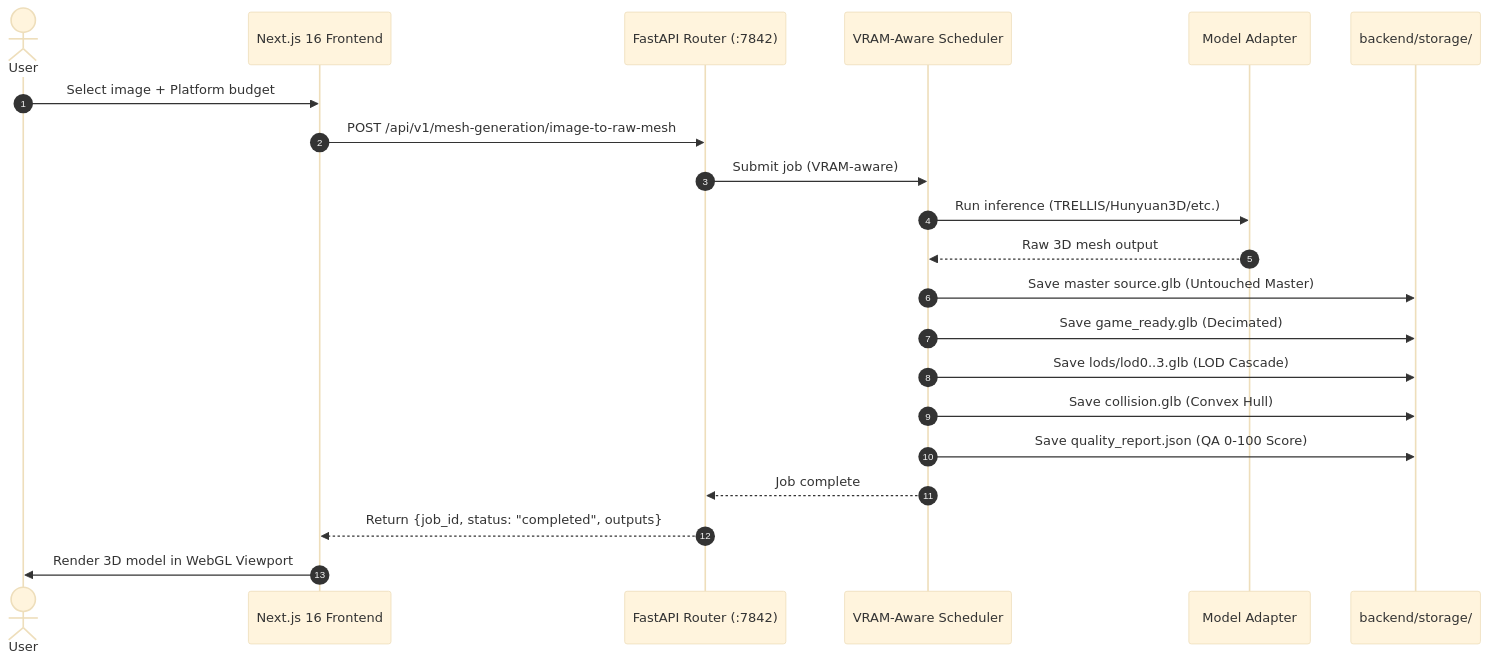
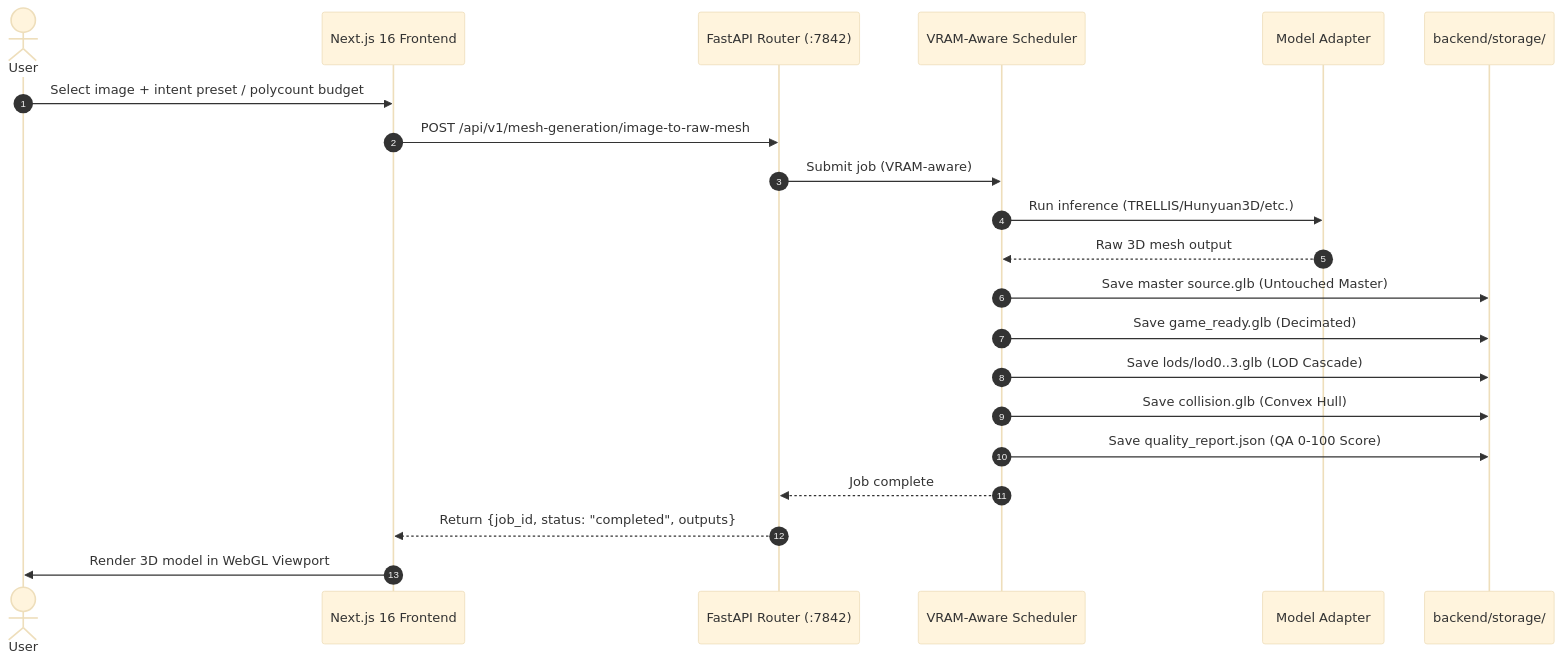
Before and after one commit to Silentzx2/ForMash3D: the second of 3 diagrams in Docs/SYSTEM-BLUEPRINT.md, drawn with Mermaid (base theme). The commit also changed other lines of this file and 27 other files, not shown here.

````diff
--- a/Docs/SYSTEM-BLUEPRINT.md
+++ b/Docs/SYSTEM-BLUEPRINT.md
@@ -129,24 +148,24 @@
 ```mermaid
 sequenceDiagram
     autonumber
     actor User
     participant Frontend as Next.js 16 Frontend
     participant API as FastAPI Router (:7842)
     participant SCHED as VRAM-Aware Scheduler
     participant Adapter as Model Adapter
     participant Storage as backend/storage/
 
-    User->>Frontend: Select image + Platform budget
+    User->>Frontend: Select image + intent preset / polycount budget
     Frontend->>API: POST /api/v1/mesh-generation/image-to-raw-mesh
     API->>SCHED: Submit job (VRAM-aware)
     SCHED->>Adapter: Run inference (TRELLIS/Hunyuan3D/etc.)
     Adapter-->>SCHED: Raw 3D mesh output
     SCHED->>Storage: Save master source.glb (Untouched Master)
     SCHED->>Storage: Save game_ready.glb (Decimated)
     SCHED->>Storage: Save lods/lod0..3.glb (LOD Cascade)
     SCHED->>Storage: Save collision.glb (Convex Hull)
     SCHED->>Storage: Save quality_report.json (QA 0-100 Score)
     SCHED-->>API: Job complete
     API-->>Frontend: Return {job_id, status: "completed", outputs}
     Frontend->>User: Render 3D model in WebGL Viewport
 ```
````
